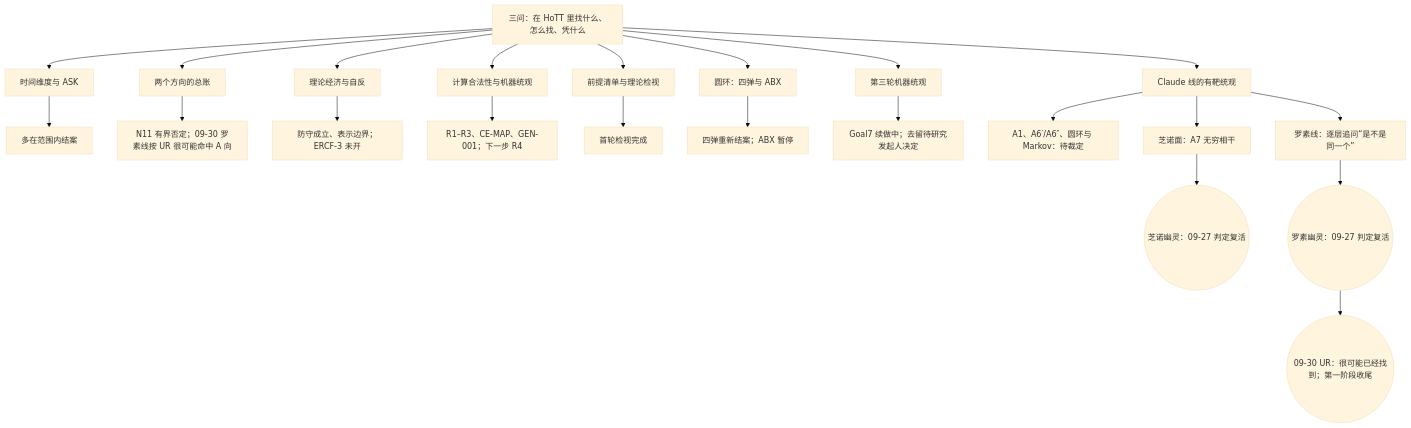
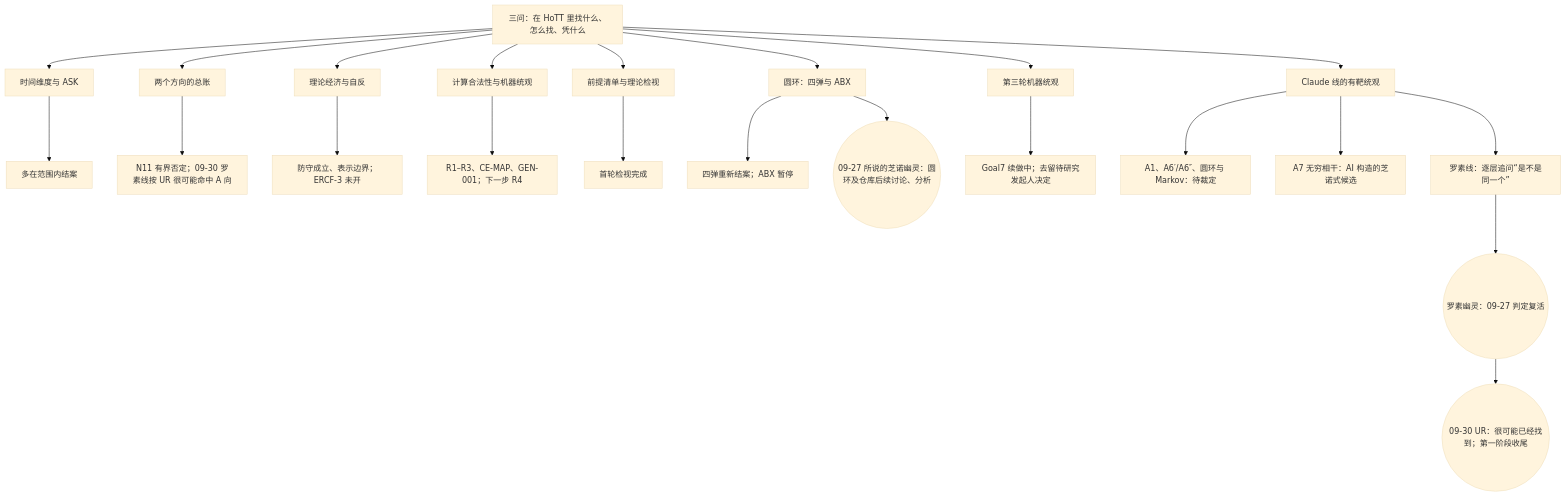
The diagram in README/004 - 路线地图.md (math-fournity/HoTT-Paradoxy), drawn with Mermaid (base theme) before and after one commit. The commit also changed other lines of this file and 109 other files, not shown here.

````diff
--- a/README/004 - 路线地图.md
+++ b/README/004 - 路线地图.md
@@ -15,25 +15,25 @@
 ```mermaid
 flowchart TD
   Q["三问：在 HoTT 里找什么、怎么找、凭什么"]
   Q --> T["时间维度与 ASK"]
   Q --> AB["两个方向的总账"]
   Q --> E["理论经济与自反"]
   Q --> C["计算合法性与机器统观"]
   Q --> P["前提清单与理论检视"]
   Q --> O["圆环：四弹与 ABX"]
   Q --> M["第三轮机器统观"]
   Q --> K["Claude 线的有靶统观"]
   T --> T1["多在范围内结案"]
   AB --> AB1["N11 有界否定；09-30 罗素线按 UR 很可能命中 A 向"]
   E --> E1["防守成立、表示边界；ERCF-3 未开"]
   C --> C1["R1–R3、CE-MAP、GEN-001；下一步 R4"]
   P --> P1["首轮检视完成"]
   O --> O1["四弹重新结案；ABX 暂停"]
+  O --> ZG(("09-27 所说的芝诺幽灵：圆环及仓库后续讨论、分析"))
   M --> M1["Goal7 续做中；去留待研究发起人决定"]
   K --> K1["A1、A6′/A6″、圆环与 Markov：待裁定"]
-  K --> Z["芝诺面：A7 无穷相干"]
+  K --> Z["A7 无穷相干：AI 构造的芝诺式候选"]
   K --> R["罗素线：逐层追问“是不是同一个”"]
-  Z --> ZG(("芝诺幽灵：09-27 判定复活"))
   R --> RG(("罗素幽灵：09-27 判定复活"))
   RG --> UR(("09-30 UR：很可能已经找到；第一阶段收尾"))
 ```
````
